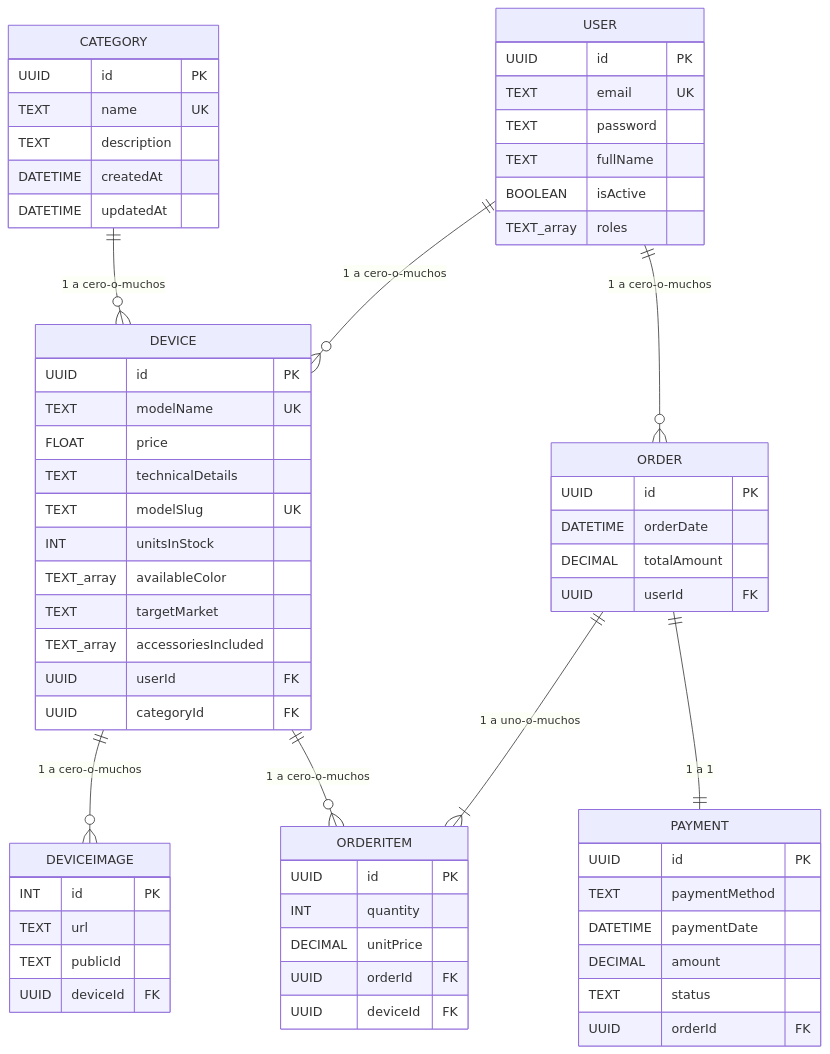
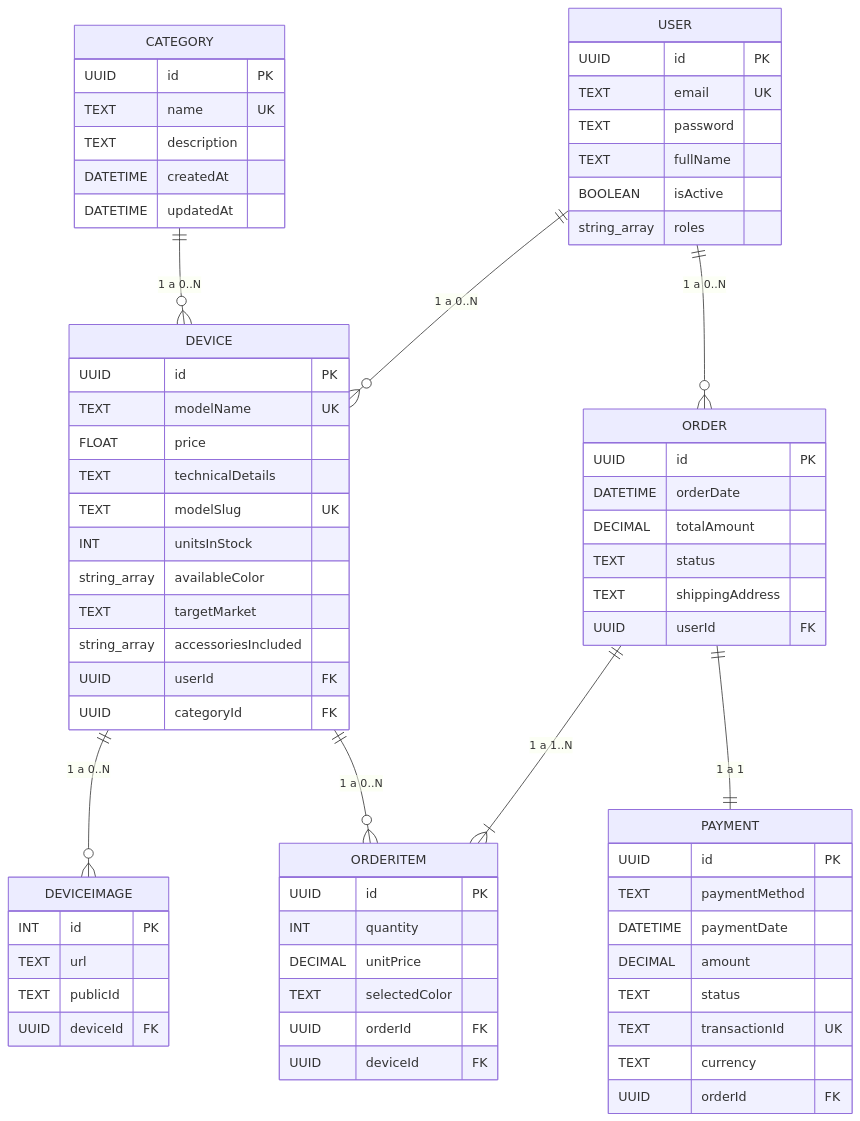
The first of 2 diagrams in diccionario-datos-app-mobistore.md (lugoz99/app-mobistore), drawn with Mermaid before and after one commit. The commit also changed other lines of this file and 8 other files, not shown here.

````diff
--- a/diccionario-datos-app-mobistore.md
+++ b/diccionario-datos-app-mobistore.md
@@ -1,73 +5,78 @@
 ```mermaid
 erDiagram
     USER {
         UUID id PK
         TEXT email UK
         TEXT password
         TEXT fullName
         BOOLEAN isActive
-        TEXT_array roles
+        string_array roles
     }
 
     DEVICE {
         UUID id PK
         TEXT modelName UK
         FLOAT price
         TEXT technicalDetails
         TEXT modelSlug UK
         INT unitsInStock
-        TEXT_array availableColor
+        string_array availableColor
         TEXT targetMarket
-        TEXT_array accessoriesIncluded
+        string_array accessoriesIncluded
         UUID userId FK
         UUID categoryId FK
     }
 
     DEVICEIMAGE {
         INT id PK
         TEXT url
         TEXT publicId
         UUID deviceId FK
     }
 
     ORDER {
         UUID id PK
         DATETIME orderDate
         DECIMAL totalAmount
+        TEXT status
+        TEXT shippingAddress
         UUID userId FK
     }
 
     ORDERITEM {
         UUID id PK
         INT quantity
         DECIMAL unitPrice
+        TEXT selectedColor
         UUID orderId FK
         UUID deviceId FK
     }
 
     PAYMENT {
         UUID id PK
         TEXT paymentMethod
         DATETIME paymentDate
         DECIMAL amount
         TEXT status
+        TEXT transactionId UK
+        TEXT currency
         UUID orderId FK
     }
 
     CATEGORY {
         UUID id PK
         TEXT name UK
         TEXT description
         DATETIME createdAt
         DATETIME updatedAt
     }
 
-    %% Relaciones con la sintaxis matemática real de erDiagram
-    USER ||--o{ DEVICE : "1 a cero-o-muchos"
-    USER ||--o{ ORDER : "1 a cero-o-muchos"
-    DEVICE ||--o{ DEVICEIMAGE : "1 a cero-o-muchos"
-    ORDER ||--|{ ORDERITEM : "1 a uno-o-muchos"
-    DEVICE ||--o{ ORDERITEM : "1 a cero-o-muchos"
+    %% Relaciones con cardinalidades numéricas
+    USER ||--o{ DEVICE : "1 a 0..N"
+    USER ||--o{ ORDER : "1 a 0..N"
+    DEVICE ||--o{ DEVICEIMAGE : "1 a 0..N"
+    ORDER ||--|{ ORDERITEM : "1 a 1..N"
+    DEVICE ||--o{ ORDERITEM : "1 a 0..N"
     ORDER ||--|| PAYMENT : "1 a 1"
-    CATEGORY ||--o{ DEVICE : "1 a cero-o-muchos"
+    CATEGORY ||--o{ DEVICE : "1 a 0..N"
 ```
````
